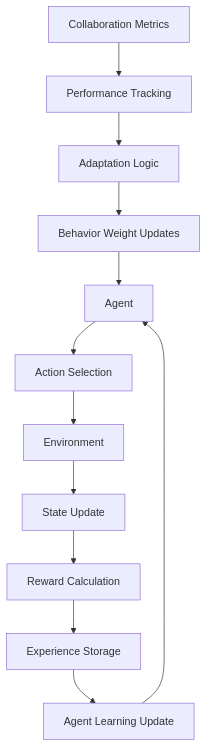
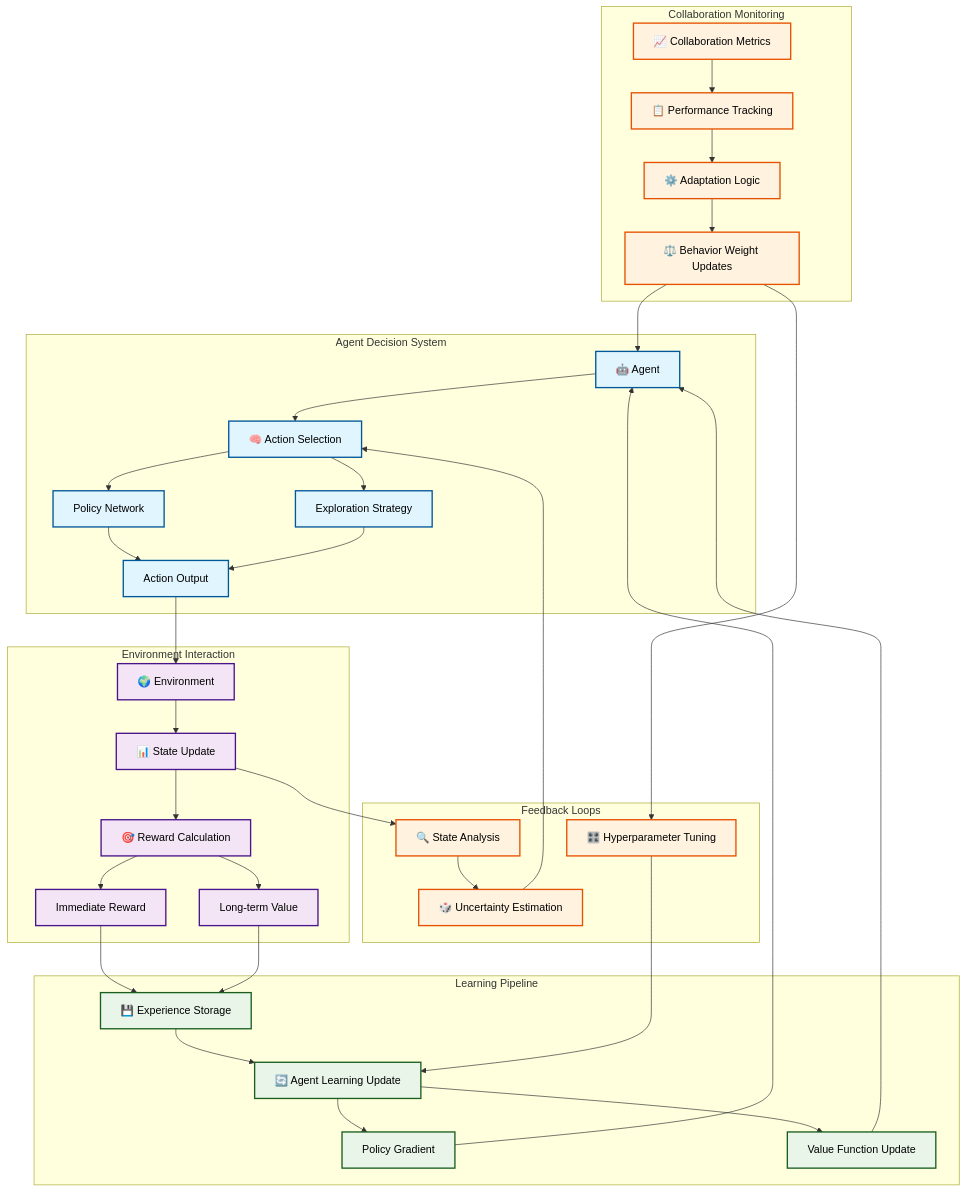
The second of 10 diagrams in docs/data-flow.md (briefcasebrain/multi-agent-act), drawn with Mermaid before and after one commit. The commit also changed other lines of this file, not shown here.

First line of the commit message:
Revamp data flow guide with interactive diagrams and rich markdown

````diff
--- a/docs/data-flow.md
+++ b/docs/data-flow.md
@@ -28,15 +160,53 @@
 ```mermaid
-graph TB
-    A[Agent] --> B[Action Selection]
-    B --> C[Environment]
-    C --> D[State Update]
-    D --> E[Reward Calculation]
-    E --> F[Experience Storage]
-    F --> G[Agent Learning Update]
-    G --> A
+flowchart TB
+    subgraph "Agent Decision System"
+        A[🤖 Agent] --> B[🧠 Action Selection]
+        B --> B1[Policy Network]
+        B --> B2[Exploration Strategy]
+        B1 --> B3[Action Output]
+        B2 --> B3
+    end
 
-    H[Collaboration Metrics] --> I[Performance Tracking]
-    I --> J[Adaptation Logic]
-    J --> K[Behavior Weight Updates]
-    K --> A
+    subgraph "Environment Interaction"
+        B3 --> C[🌍 Environment]
+        C --> D[📊 State Update]
+        D --> E[🎯 Reward Calculation]
+        E --> E1[Immediate Reward]
+        E --> E2[Long-term Value]
+    end
+
+    subgraph "Learning Pipeline"
+        E1 --> F[💾 Experience Storage]
+        E2 --> F
+        F --> G[🔄 Agent Learning Update]
+        G --> G1[Policy Gradient]
+        G --> G2[Value Function Update]
+        G1 --> A
+        G2 --> A
+    end
+
+    subgraph "Collaboration Monitoring"
+        H[📈 Collaboration Metrics] --> I[📋 Performance Tracking]
+        I --> J[⚙️ Adaptation Logic]
+        J --> K[⚖️ Behavior Weight Updates]
+        K --> A
+    end
+
+    subgraph "Feedback Loops"
+        D --> L[🔍 State Analysis]
+        L --> M[🎲 Uncertainty Estimation]
+        M --> B
+        K --> N[🎛️ Hyperparameter Tuning]
+        N --> G
+    end
+
+    classDef agentNode fill:#e1f5fe,stroke:#01579b,stroke-width:2px,color:#000
+    classDef envNode fill:#f3e5f5,stroke:#4a148c,stroke-width:2px,color:#000
+    classDef learningNode fill:#e8f5e8,stroke:#1b5e20,stroke-width:2px,color:#000
+    classDef metricNode fill:#fff3e0,stroke:#e65100,stroke-width:2px,color:#000
+
+    class A,B,B1,B2,B3 agentNode
+    class C,D,E,E1,E2 envNode
+    class F,G,G1,G2 learningNode
+    class H,I,J,K,L,M,N metricNode
 ```
````
